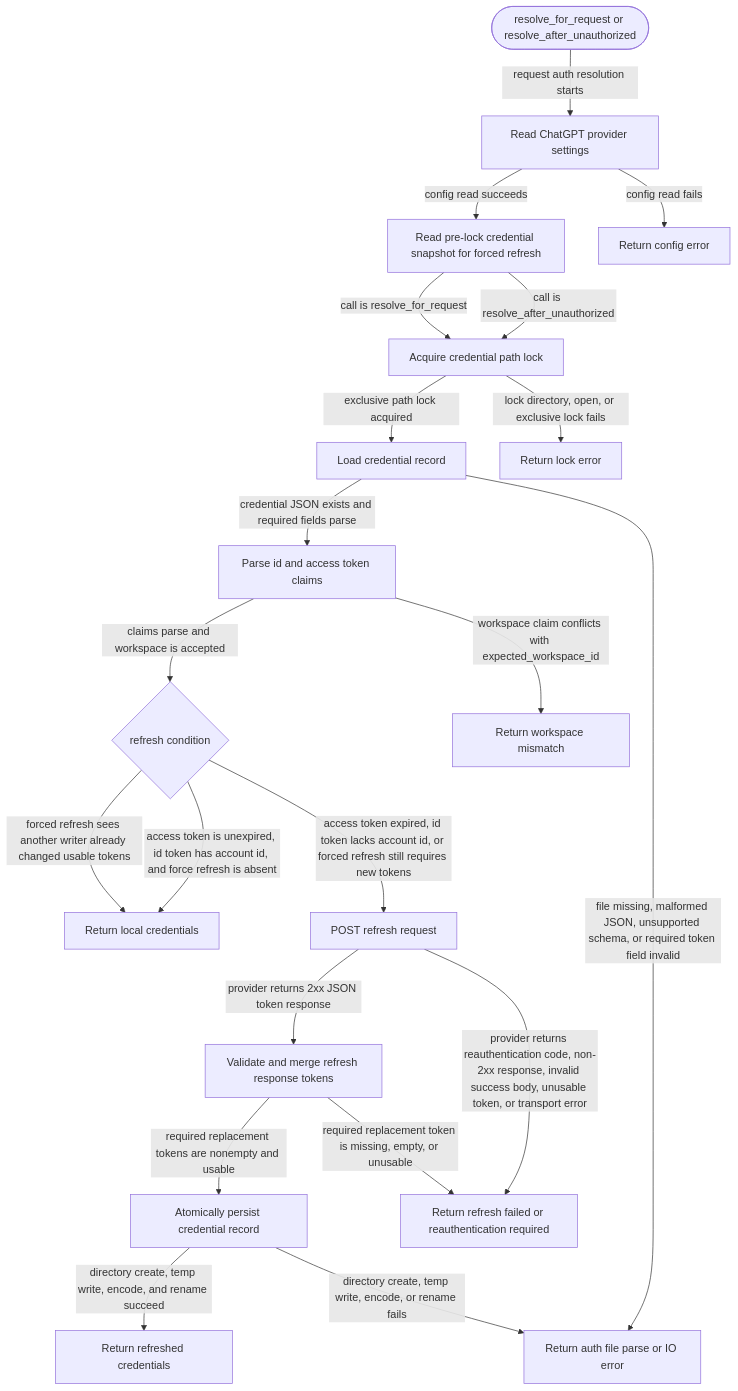
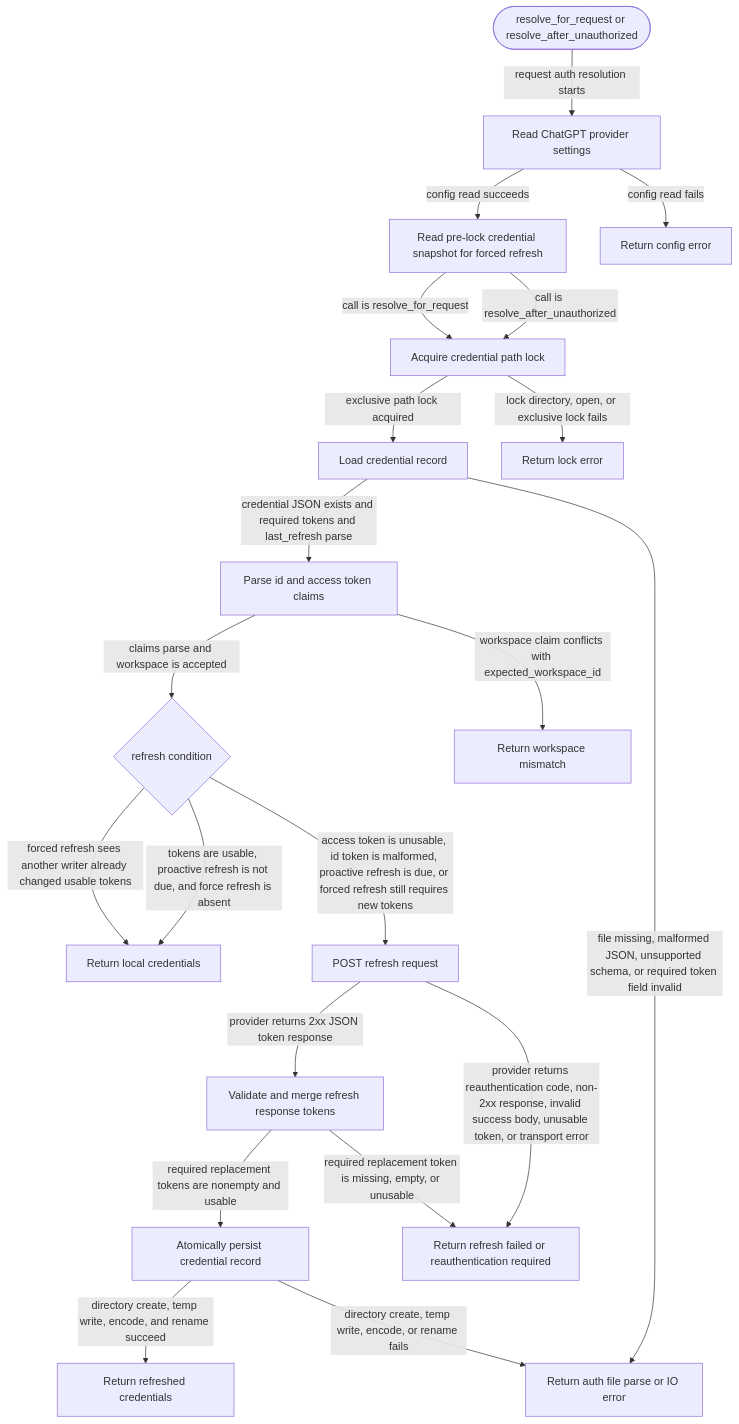
One commit to JiaJunDeng5930/Selvedge changed the diagram in crates/chatgpt-auth/README.md. Above: the diagram before and after it, drawn with Mermaid. The commit also changed other lines of this file and 21 other files, not shown here.

````diff
--- a/crates/chatgpt-auth/README.md
+++ b/crates/chatgpt-auth/README.md
@@ -35,41 +47,41 @@
 ```mermaid
 flowchart TD
   Start([resolve_for_request or resolve_after_unauthorized])
   LoadConfig[Read ChatGPT provider settings]
   LoadHint[Read pre-lock credential snapshot for forced refresh]
   Lock[Acquire credential path lock]
   LoadFile[Load credential record]
   ParseClaims[Parse id and access token claims]
   Decide{refresh condition}
   ReturnLocal[Return local credentials]
   Refresh[POST refresh request]
   Merge[Validate and merge refresh response tokens]
   Persist[Atomically persist credential record]
   ReturnRefreshed[Return refreshed credentials]
   ConfigError[Return config error]
   FileError[Return auth file parse or IO error]
   LockError[Return lock error]
   WorkspaceError[Return workspace mismatch]
   RefreshError[Return refresh failed or reauthentication required]
 
   Start -->|request auth resolution starts| LoadConfig
   LoadConfig -->|config read succeeds| LoadHint
   LoadConfig -->|config read fails| ConfigError
   LoadHint -->|call is resolve_after_unauthorized| Lock
   LoadHint -->|call is resolve_for_request| Lock
   Lock -->|exclusive path lock acquired| LoadFile
   Lock -->|lock directory, open, or exclusive lock fails| LockError
-  LoadFile -->|credential JSON exists and required fields parse| ParseClaims
+  LoadFile -->|credential JSON exists and required tokens and last_refresh parse| ParseClaims
   LoadFile -->|file missing, malformed JSON, unsupported schema, or required token field invalid| FileError
   ParseClaims -->|workspace claim conflicts with expected_workspace_id| WorkspaceError
   ParseClaims -->|claims parse and workspace is accepted| Decide
-  Decide -->|access token is unexpired, id token has account id, and force refresh is absent| ReturnLocal
-  Decide -->|access token expired, id token lacks account id, or forced refresh still requires new tokens| Refresh
+  Decide -->|tokens are usable, proactive refresh is not due, and force refresh is absent| ReturnLocal
+  Decide -->|access token is unusable, id token is malformed, proactive refresh is due, or forced refresh still requires new tokens| Refresh
   Decide -->|forced refresh sees another writer already changed usable tokens| ReturnLocal
   Refresh -->|provider returns 2xx JSON token response| Merge
   Refresh -->|provider returns reauthentication code, non-2xx response, invalid success body, unusable token, or transport error| RefreshError
   Merge -->|required replacement tokens are nonempty and usable| Persist
   Merge -->|required replacement token is missing, empty, or unusable| RefreshError
   Persist -->|directory create, temp write, encode, and rename succeed| ReturnRefreshed
   Persist -->|directory create, temp write, encode, or rename fails| FileError
 ```
````
